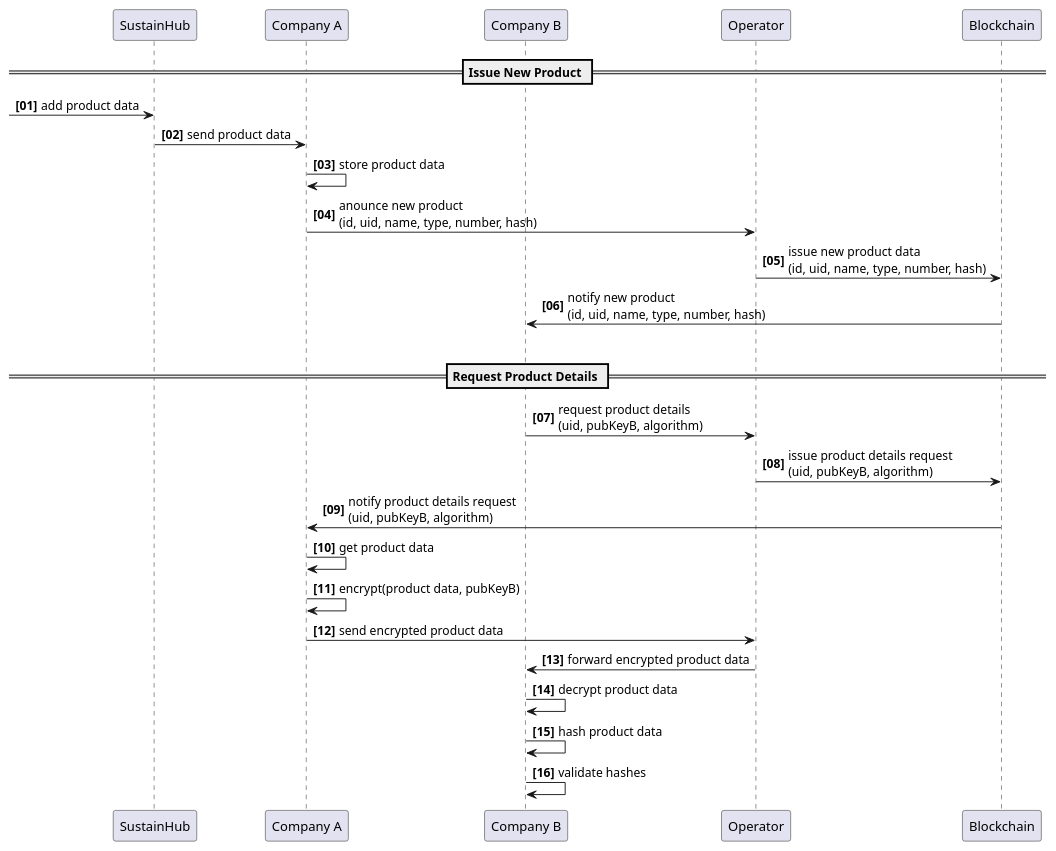
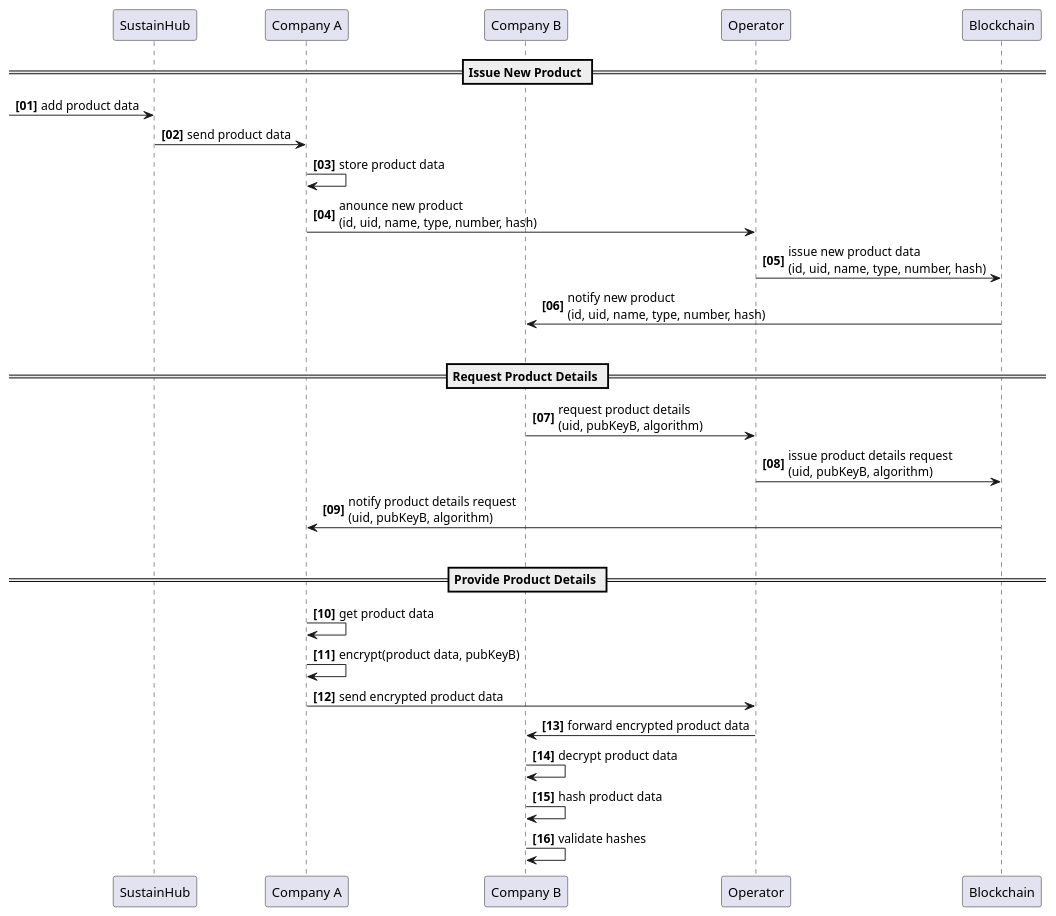
Before and after one commit to chainstep/dibichain-demo: the diagram in docs/plantuml/src/flow.puml, drawn with PlantUML.

Commit message:
improve flow diagram

```diff
--- a/docs/plantuml/src/flow.puml
+++ b/docs/plantuml/src/flow.puml
@@ -1,34 +1,38 @@
 @startuml
 autonumber "<b>[00]"
 
 participant "SustainHub" as SUS
 participant "Company A" as COMPA
 participant "Company B" as COMPB
 participant "Operator" as OP
 participant "Blockchain" as BC
 
 
 == Issue New Product ==
 
 -> SUS: add product data
 SUS -> COMPA: send product data
 COMPA -> COMPA: store product data
 COMPA -> OP: anounce new product\n(id, uid, name, type, number, hash)
 OP -> BC: issue new product data\n(id, uid, name, type, number, hash)
 BC -> COMPB: notify new product\n(id, uid, name, type, number, hash)
 |||
 
 == Request Product Details ==
 
 COMPB -> OP: request product details\n(uid, pubKeyB, algorithm)
 OP -> BC: issue product details request\n(uid, pubKeyB, algorithm)
 BC -> COMPA: notify product details request\n(uid, pubKeyB, algorithm)
+|||
+
+== Provide Product Details ==
+
 COMPA -> COMPA: get product data
 COMPA -> COMPA: encrypt(product data, pubKeyB)
 COMPA -> OP: send encrypted product data
 OP -> COMPB: forward encrypted product data
 COMPB -> COMPB: decrypt product data
 COMPB -> COMPB: hash product data
 COMPB -> COMPB: validate hashes
 
 @enduml
```
